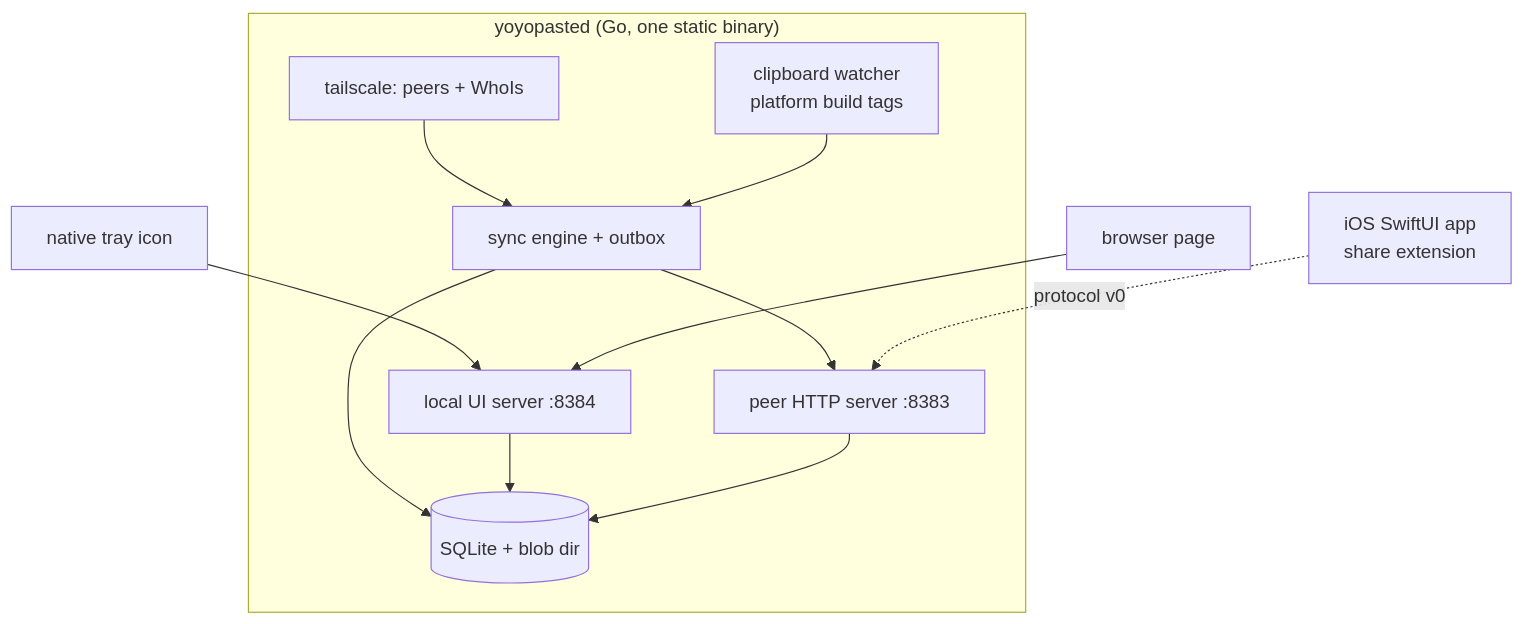
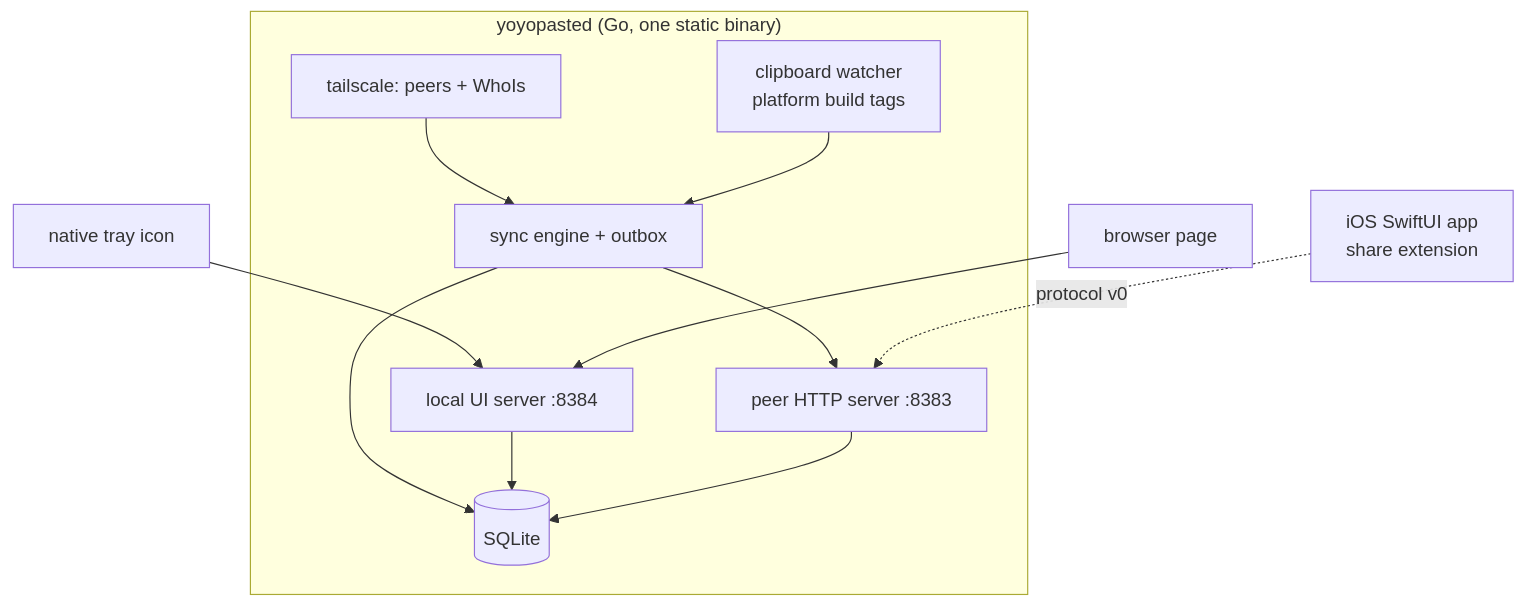
Before and after one commit to Yeyo-N/YoYoPaste: the second of 2 diagrams in docs/ARCHITECTURE.md, drawn with Mermaid. The commit also changed other lines of this file and 3 other files, not shown here.

````diff
--- a/docs/ARCHITECTURE.md
+++ b/docs/ARCHITECTURE.md
@@ -91,20 +88,20 @@
 ```mermaid
 graph TD
     subgraph daemon["yoyopasted (Go, one static binary)"]
         TS[tailscale: peers + WhoIs]
         WATCH[clipboard watcher<br/>platform build tags]
-        STORE[(SQLite + blob dir)]
+        STORE[(SQLite)]
         PEER[peer HTTP server :8383]
         UI[local UI server :8384]
         SYNC[sync engine + outbox]
     end
     TRAY[native tray icon] --> UI
     BROWSER[browser page] --> UI
     TS --> SYNC
     WATCH --> SYNC
     SYNC --> STORE
     SYNC --> PEER
     UI --> STORE
     PEER --> STORE
     IOS[iOS SwiftUI app<br/>share extension] -.protocol v0.-> PEER
 ```
````
